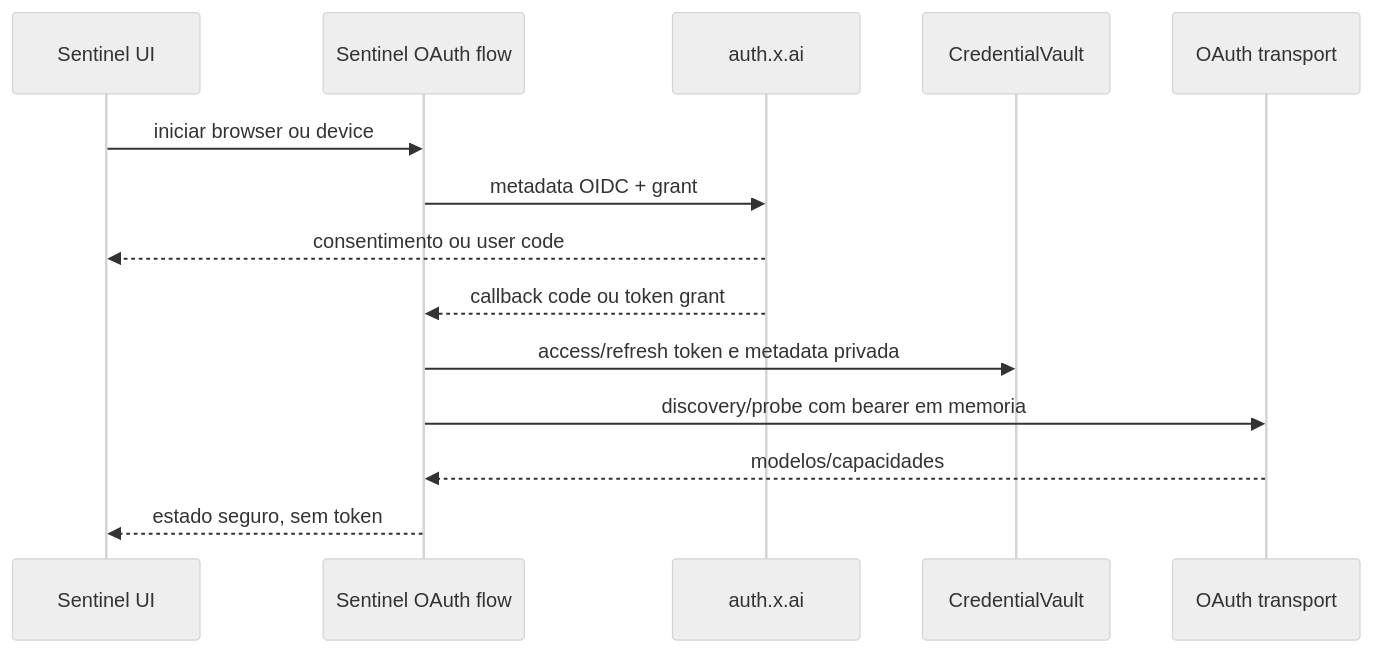
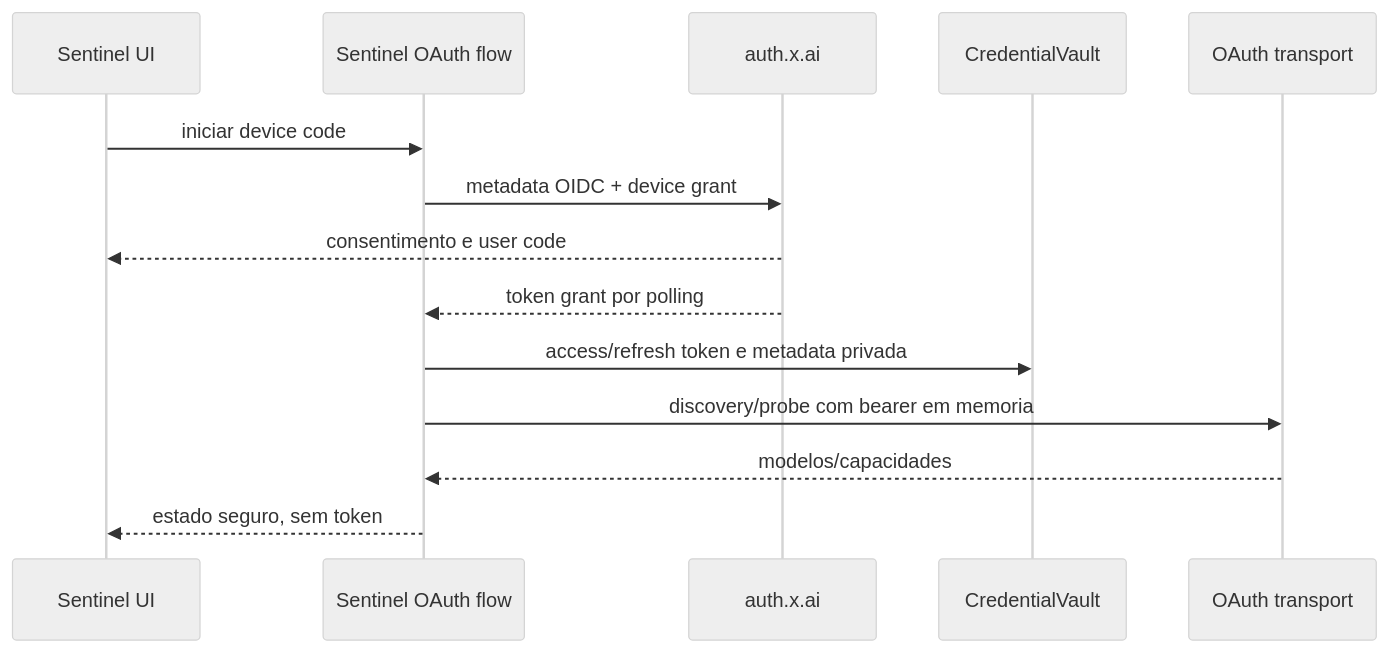
The second of 2 diagrams in docs/superpowers/specs/2026-08-10-provider-connections-authentication-design.md (OkamiOps/okami-sentinel), drawn with Mermaid (neutral theme) before and after one commit. The commit also changed other lines of this file and 1 other file, not shown here.

Commit message:
docs: unblock xai device oauth

````diff
--- a/docs/superpowers/specs/2026-08-10-provider-connections-authentication-design.md
+++ b/docs/superpowers/specs/2026-08-10-provider-connections-authentication-design.md
@@ -99,17 +100,17 @@
 ```mermaid
 sequenceDiagram
   participant UI as Sentinel UI
   participant Flow as Sentinel OAuth flow
   participant Auth as auth.x.ai
   participant Vault as CredentialVault
   participant API as OAuth transport
 
-  UI->>Flow: iniciar browser ou device
-  Flow->>Auth: metadata OIDC + grant
-  Auth-->>UI: consentimento ou user code
-  Auth-->>Flow: callback code ou token grant
+  UI->>Flow: iniciar device code
+  Flow->>Auth: metadata OIDC + device grant
+  Auth-->>UI: consentimento e user code
+  Auth-->>Flow: token grant por polling
   Flow->>Vault: access/refresh token e metadata privada
   Flow->>API: discovery/probe com bearer em memoria
   API-->>Flow: modelos/capacidades
   Flow-->>UI: estado seguro, sem token
 ```
````
